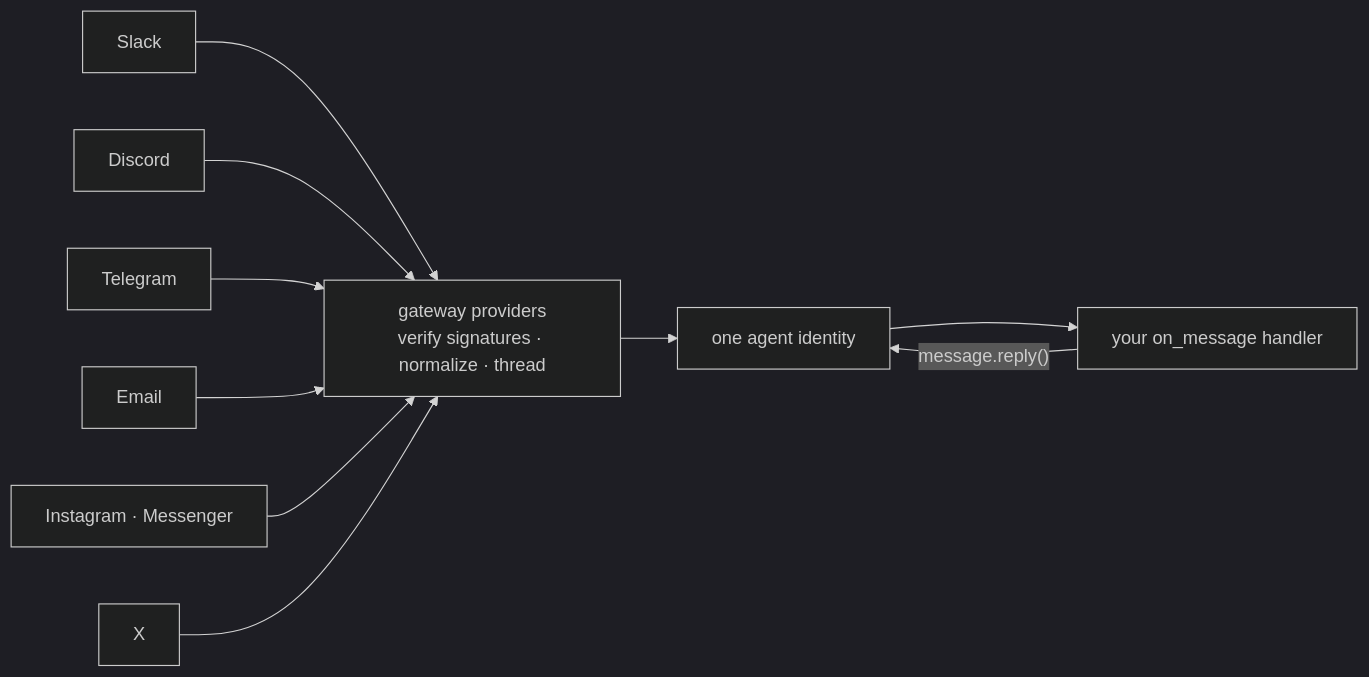
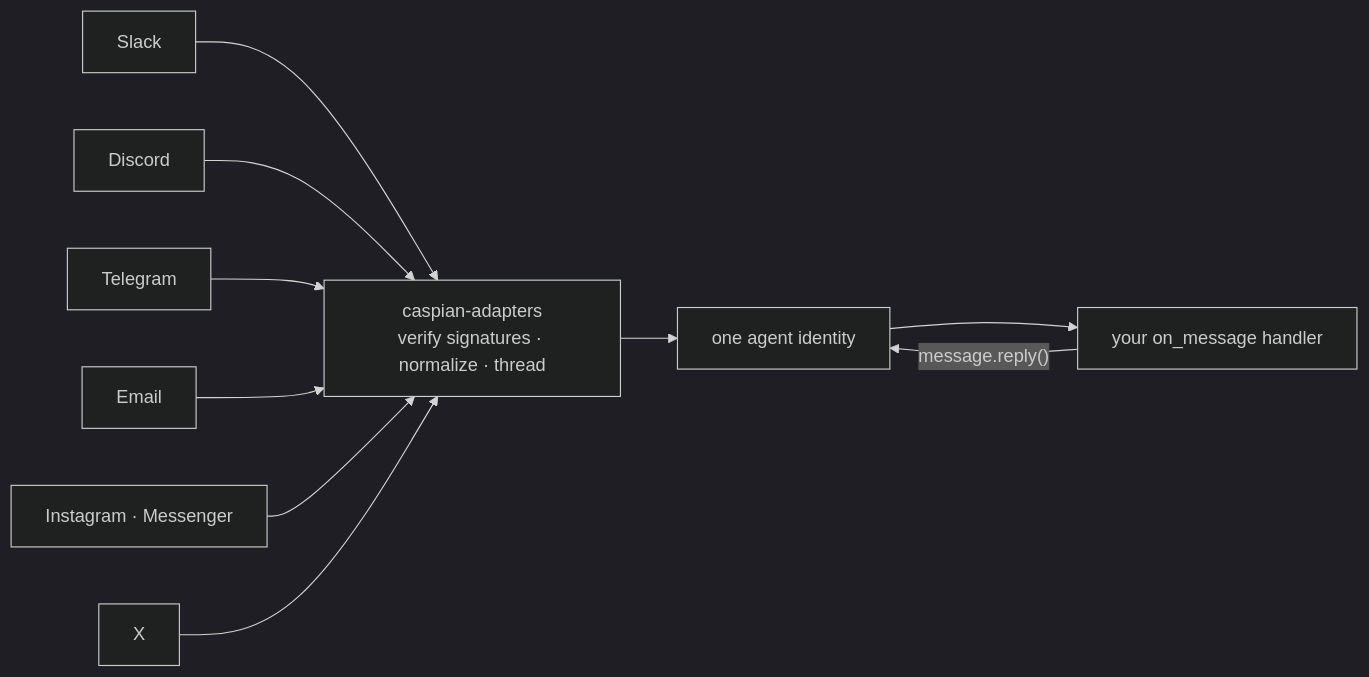
Before and after one commit to TryCaspian/caspian-sdk: the diagram in README.md, drawn with Mermaid (dark theme). The commit also changed other lines of this file and 21 other files, not shown here.

````diff
--- a/README.md
+++ b/README.md
@@ -186,12 +183,12 @@
 ```mermaid
 flowchart LR
     S[Slack] --> A
     D[Discord] --> A
     T[Telegram] --> A
     E[Email] --> A
     M[Instagram · Messenger] --> A
     X[X] --> A
-    A["gateway providers<br/>verify signatures · normalize · thread"] --> I["one agent identity"]
+    A["caspian-adapters<br/>verify signatures · normalize · thread"] --> I["one agent identity"]
     I --> H["your on_message handler"]
     H -->|"message.reply()"| I
 ```
````
